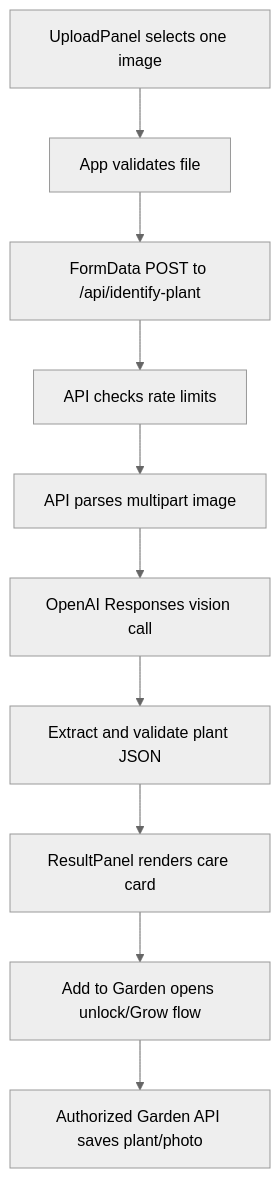
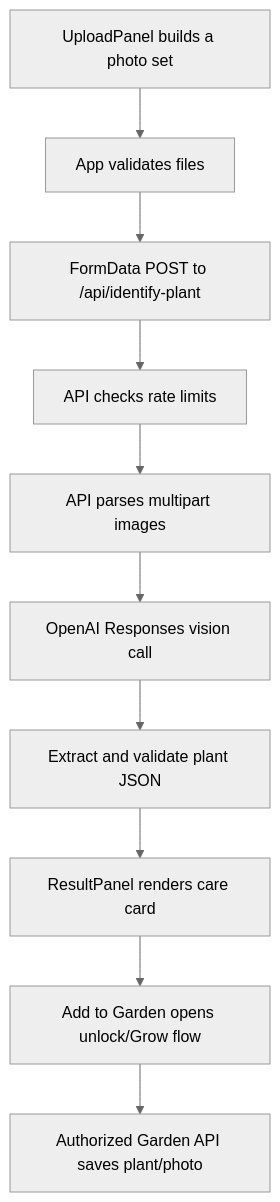
Before and after one commit to gavinnesom/plant-care-app: the diagram in CODEMAP.md, drawn with Mermaid (neutral theme). The commit also changed other lines of this file and 17 other files, not shown here.

First line of the commit message:
Add Part 3 multi-photo identity flows

````diff
--- a/CODEMAP.md
+++ b/CODEMAP.md
@@ -14,12 +14,12 @@
 ```mermaid
 flowchart TD
-  A[UploadPanel selects one image] --> B[App validates file]
+  A[UploadPanel builds a photo set] --> B[App validates files]
   B --> C[FormData POST to /api/identify-plant]
   C --> D[API checks rate limits]
-  D --> E[API parses multipart image]
+  D --> E[API parses multipart images]
   E --> F[OpenAI Responses vision call]
   F --> G[Extract and validate plant JSON]
   G --> H[ResultPanel renders care card]
   H --> I[Add to Garden opens unlock/Grow flow]
   I --> J[Authorized Garden API saves plant/photo]
 ```
````
